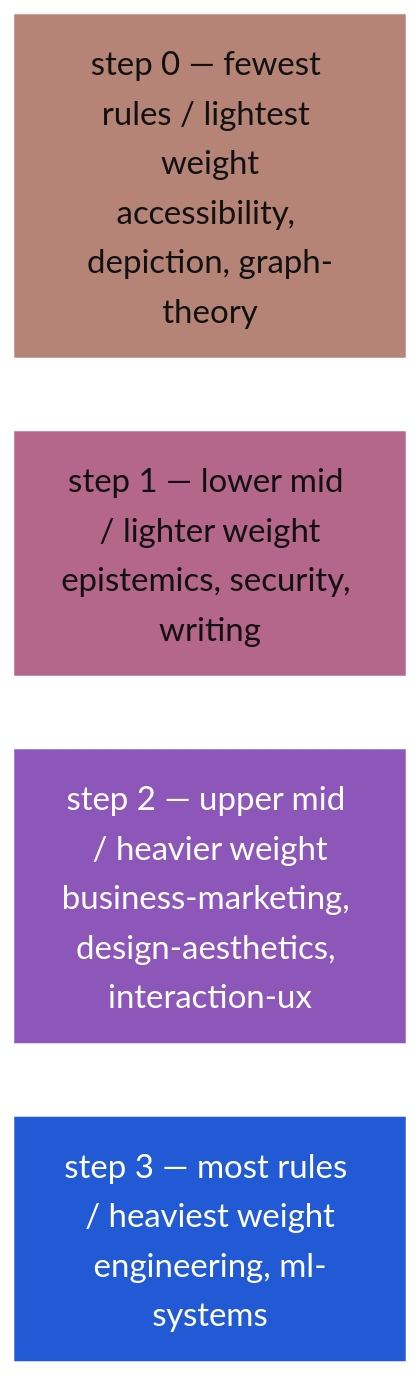
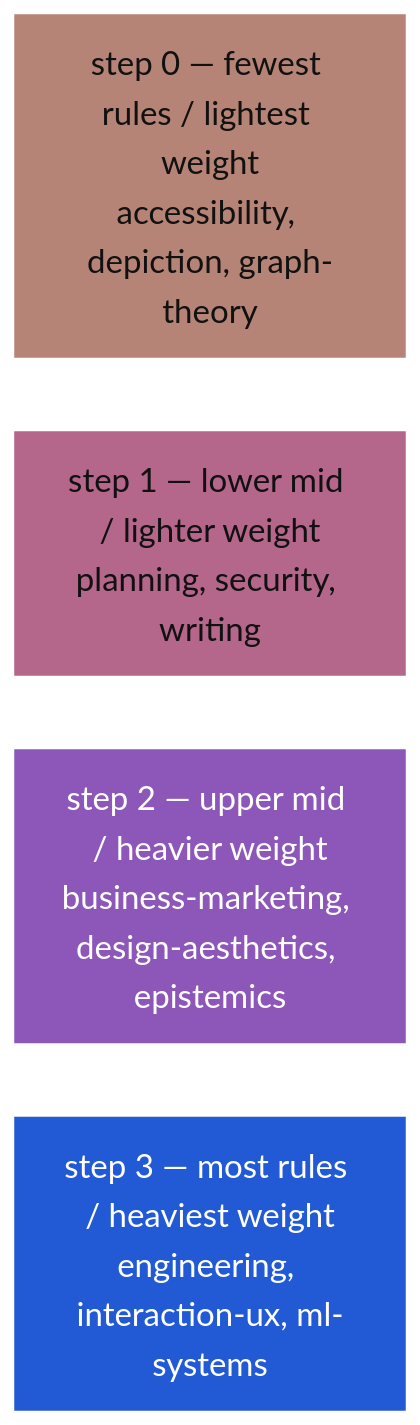
One commit to darce/heuristics-canon changed the second of 2 diagrams in GRAPH.md. Above: the diagram before and after it, drawn with Mermaid. The commit also changed other lines of this file and 28 other files, not shown here.

````diff
--- a/GRAPH.md
+++ b/GRAPH.md
@@ -146,16 +165,16 @@
 ```mermaid
 %%{init: {'themeVariables': {'fontSize': '22px'}}}%%
 flowchart LR
   SW0["step 0 — fewest rules / lightest weight<br/>accessibility, depiction, graph-theory"]
-  SW1["step 1 — lower mid / lighter weight<br/>epistemics, security, writing"]
-  SW2["step 2 — upper mid / heavier weight<br/>business-marketing, design-aesthetics, interaction-ux"]
-  SW3["step 3 — most rules / heaviest weight<br/>engineering, ml-systems"]
+  SW1["step 1 — lower mid / lighter weight<br/>planning, security, writing"]
+  SW2["step 2 — upper mid / heavier weight<br/>business-marketing, design-aesthetics, epistemics"]
+  SW3["step 3 — most rules / heaviest weight<br/>engineering, interaction-ux, ml-systems"]
   classDef seq_0 fill:#B68477,color:#111111,stroke:#B68477
   classDef seq_1 fill:#B4668B,color:#111111,stroke:#B4668B
   classDef seq_2 fill:#8D57BA,color:#FFFFFF,stroke:#8D57BA
   classDef seq_3 fill:#225AD6,color:#FFFFFF,stroke:#225AD6
   class SW0 seq_0
   class SW1 seq_1
   class SW2 seq_2
   class SW3 seq_3
 ```
````
